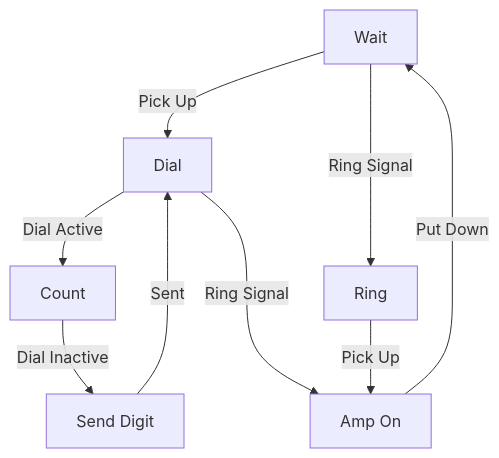
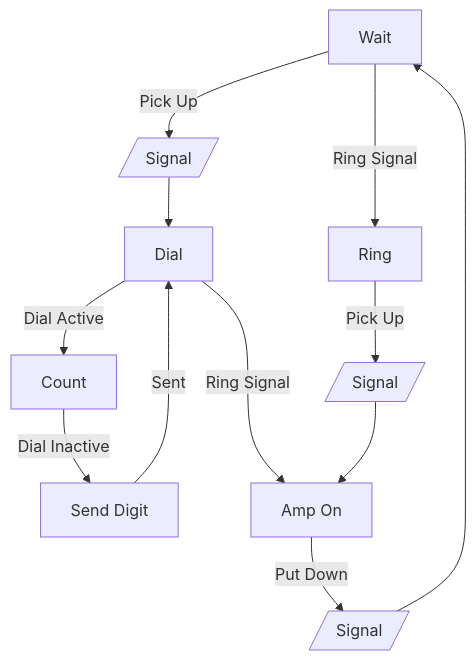
The diagram in attiny/README.md (andy-preston/gpo-746-android), drawn with Mermaid before and after one commit.

Commit message:
Added outgoing signals to ATTiny SM Diagram

````diff
--- a/attiny/README.md
+++ b/attiny/README.md
@@ -16,11 +16,11 @@
 ```mermaid
 graph TD
-    W[Wait] -->|Pick Up| D[Dial]
+    W[Wait] -->|Pick Up| S1[/Signal/] --> D[Dial]
     D -->|Dial Active| C[Count]
     C -->|Dial Inactive| S[Send Digit]
     S -->|Sent| D
     D --->|Ring Signal| A[Amp On]
     W -->|Ring Signal| R[Ring]
-    R -->|Pick Up| A
-    A -->|Put Down| W
+    R -->|Pick Up| S2[/Signal/] --> A
+    A -->|Put Down| S3[/Signal/] --> W    
 ```
````
